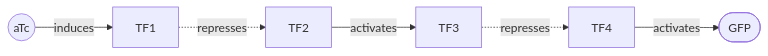
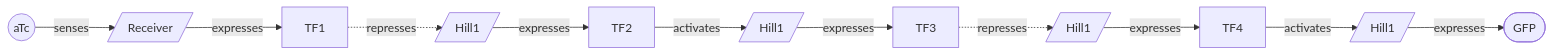
One commit to marpaia/quiver changed the second of 3 diagrams in README.md. Above: the diagram before and after it, drawn with Mermaid. The commit also changed other lines of this file and 8 other files, not shown here.

````diff
--- a/README.md
+++ b/README.md
@@ -120,8 +126,13 @@
 ```mermaid
 flowchart LR
-  aTc((aTc)) -- induces --> TF1
-  TF1 -. represses .-> TF2
-  TF2 -- activates --> TF3
-  TF3 -. represses .-> TF4
-  TF4 -- activates --> GFP([GFP])
+  aTc((aTc)) -- senses --> Rc[/Receiver/]
+  Rc -- expresses --> TF1
+  TF1 -. represses .-> P1[/Hill1/]
+  P1 -- expresses --> TF2
+  TF2 -- activates --> P2[/Hill1/]
+  P2 -- expresses --> TF3
+  TF3 -. represses .-> P3[/Hill1/]
+  P3 -- expresses --> TF4
+  TF4 -- activates --> P4[/Hill1/]
+  P4 -- expresses --> GFP([GFP])
 ```
````
